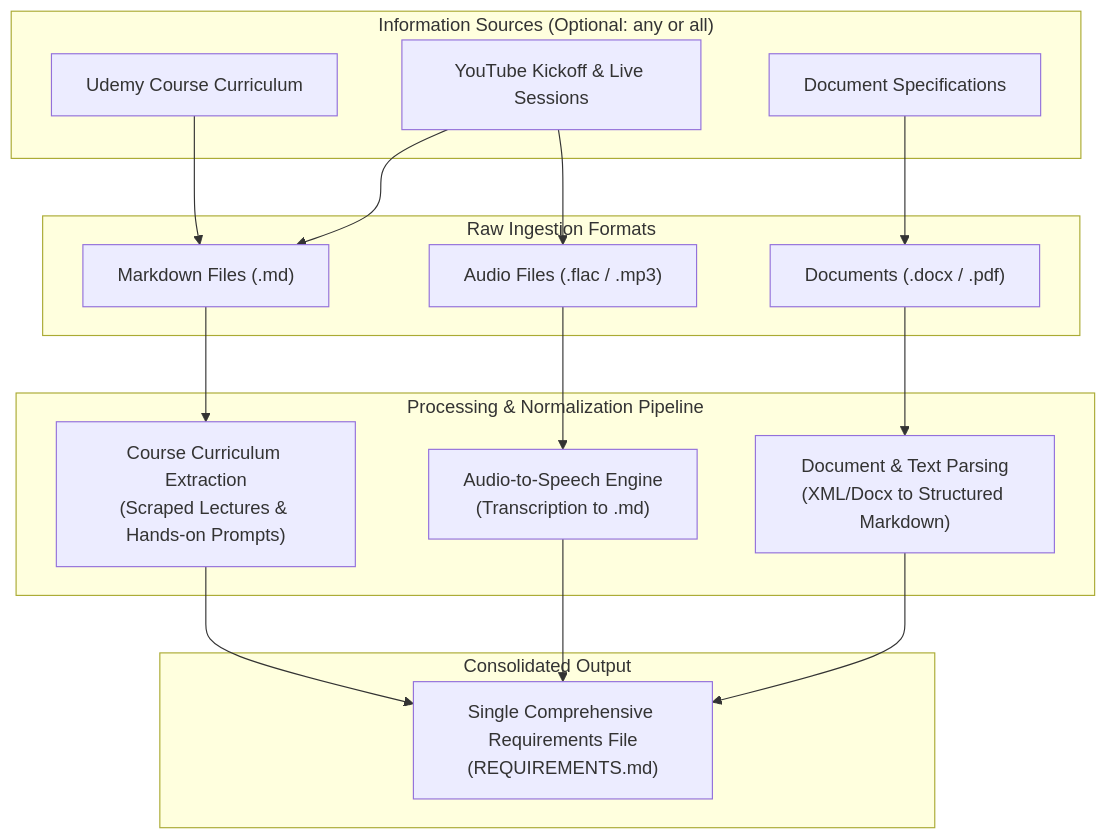
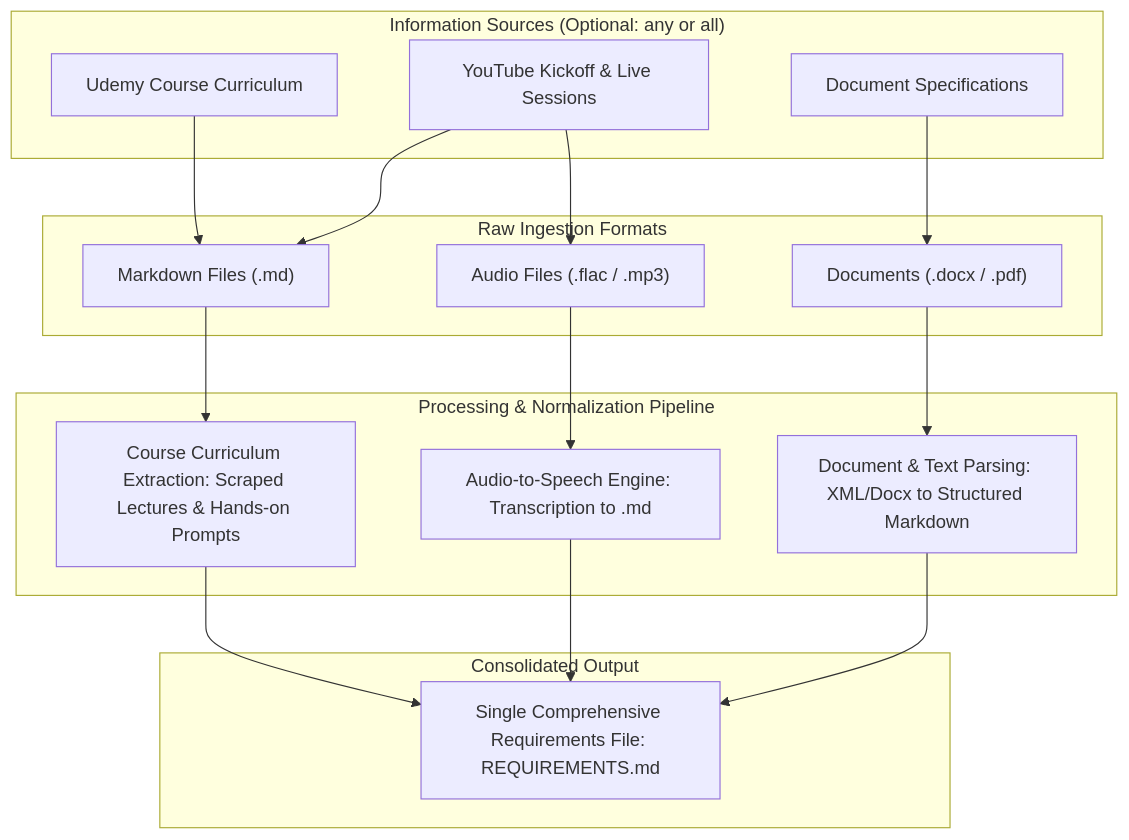
Before and after one commit to AkmKawser/SquareHealth-VMS: the diagram in 1.Requirement_Gathering/REQUIREMENTS.md, drawn with Mermaid. The commit also changed 5 other files, not shown here.

````diff
--- a/1.Requirement_Gathering/REQUIREMENTS.md
+++ b/1.Requirement_Gathering/REQUIREMENTS.md
@@ -10,37 +10,37 @@
 ```mermaid
 flowchart TD
     subgraph Sources ["Information Sources (Optional: any or all)"]
         S1["Udemy Course Curriculum"]
         S2["YouTube Kickoff & Live Sessions"]
         S3["Document Specifications"]
     end
 
     subgraph RawFormats ["Raw Ingestion Formats"]
         F1["Audio Files (.flac / .mp3)"]
         F2["Markdown Files (.md)"]
         F3["Documents (.docx / .pdf)"]
     end
 
     subgraph ProcessingPipeline ["Processing & Normalization Pipeline"]
-        P1["Audio-to-Speech Engine<br/>(Transcription to .md)"]
-        P2["Document & Text Parsing<br/>(XML/Docx to Structured Markdown)"]
-        P3["Course Curriculum Extraction<br/>(Scraped Lectures & Hands-on Prompts)"]
+        P1["Audio-to-Speech Engine: Transcription to .md"]
+        P2["Document & Text Parsing: XML/Docx to Structured Markdown"]
+        P3["Course Curriculum Extraction: Scraped Lectures & Hands-on Prompts"]
     end
 
     subgraph Target ["Consolidated Output"]
-        OUT["Single Comprehensive Requirements File<br/>(REQUIREMENTS.md)"]
+        OUT["Single Comprehensive Requirements File: REQUIREMENTS.md"]
     end
 
     S1 --> F2
     S2 --> F1
     S2 --> F2
     S3 --> F3
 
     F1 --> P1
     F2 --> P3
     F3 --> P2
 
     P1 --> OUT
     P2 --> OUT
     P3 --> OUT
 ```
````
